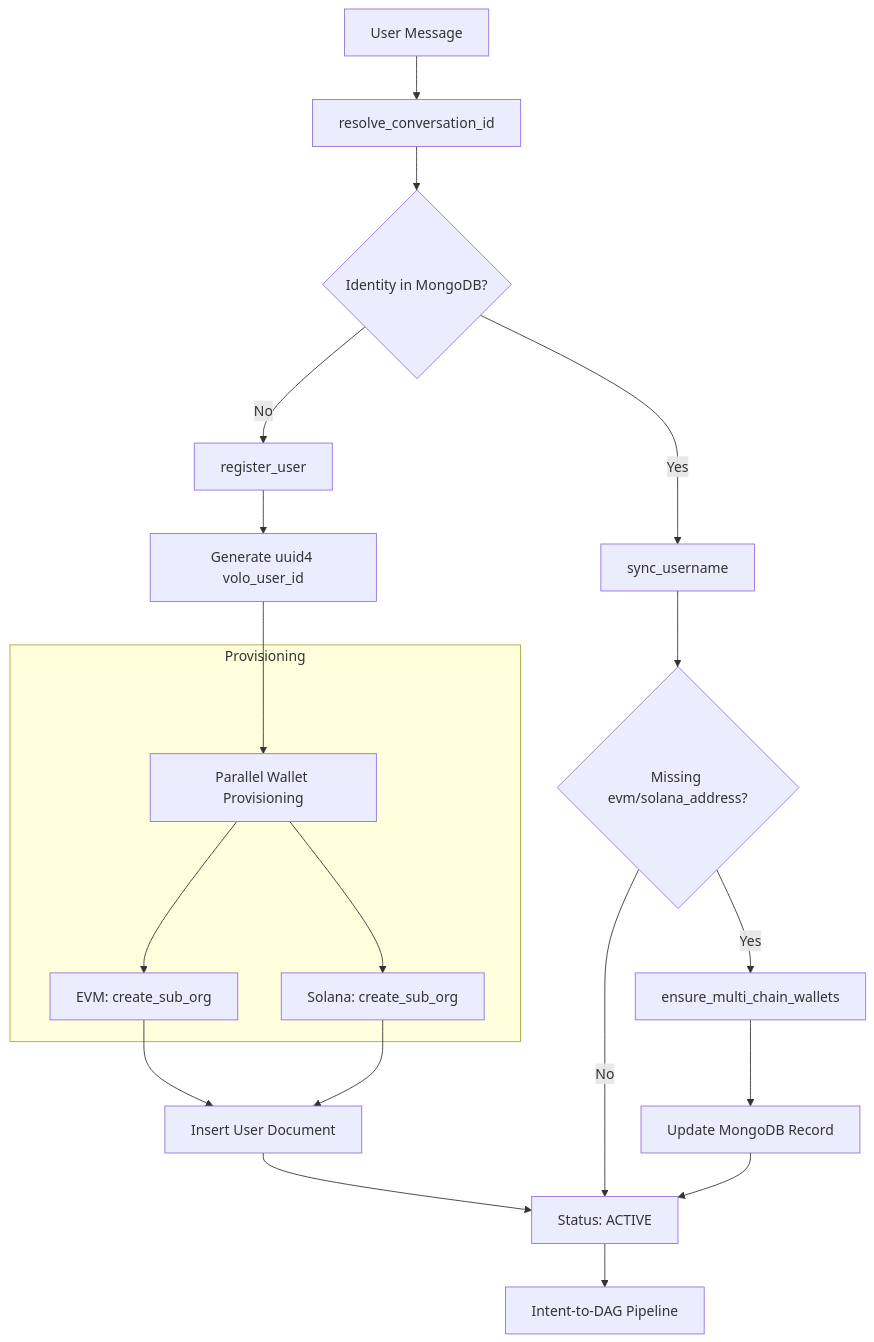
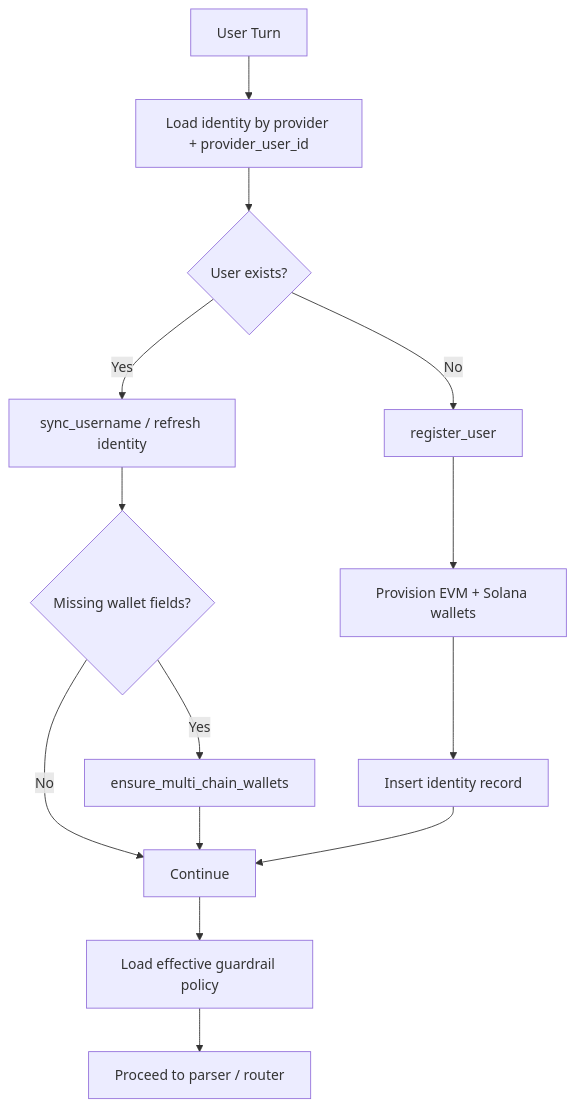
One commit to mykelbwan/volo changed the diagram in volo_agent/ONBOARDING.md. Above: the diagram before and after it, drawn with Mermaid. The commit also changed other lines of this file and 6 other files, not shown here.

````diff
--- a/volo_agent/ONBOARDING.md
+++ b/volo_agent/ONBOARDING.md
@@ -11,27 +19,19 @@
 ```mermaid
 graph TD
-    Start[User Message] --> ResolveID[resolve_conversation_id]
-    ResolveID --> CheckDB{Identity in MongoDB?}
-    
-    %% New User Path
-    CheckDB -- No --> Register[register_user]
-    Register --> UUID[Generate uuid4 volo_user_id]
-    UUID --> ParallelProv[Parallel Wallet Provisioning]
-    subgraph Provisioning
-        ParallelProv --> EVM[EVM: create_sub_org]
-        ParallelProv --> SOL[Solana: create_sub_org]
-    end
-    EVM --> Save[Insert User Document]
-    SOL --> Save
-    Save --> Ready[Status: ACTIVE]
+    Start[User Turn] --> Lookup[Load identity by provider + provider_user_id]
+    Lookup --> Exists{User exists?}
 
-    %% Existing User Path
-    CheckDB -- Yes --> Sync[sync_username]
-    Sync --> CheckGaps{Missing evm/solana_address?}
-    CheckGaps -- Yes --> Reprov[ensure_multi_chain_wallets]
-    Reprov --> SaveUpdate[Update MongoDB Record]
-    CheckGaps -- No --> Ready
-    
-    SaveUpdate --> Ready
-    Ready --> Pipeline[Intent-to-DAG Pipeline]
+    Exists -- No --> Register[register_user]
+    Register --> Provision[Provision EVM + Solana wallets]
+    Provision --> Save[Insert identity record]
+
+    Exists -- Yes --> Sync[sync_username / refresh identity]
+    Sync --> Repair{Missing wallet fields?}
+    Repair -- Yes --> Ensure[ensure_multi_chain_wallets]
+    Repair -- No --> Continue[Continue]
+    Ensure --> Continue
+    Save --> Continue
+
+    Continue --> Policy[Load effective guardrail policy]
+    Policy --> Ready[Proceed to parser / router]
 ```
````
